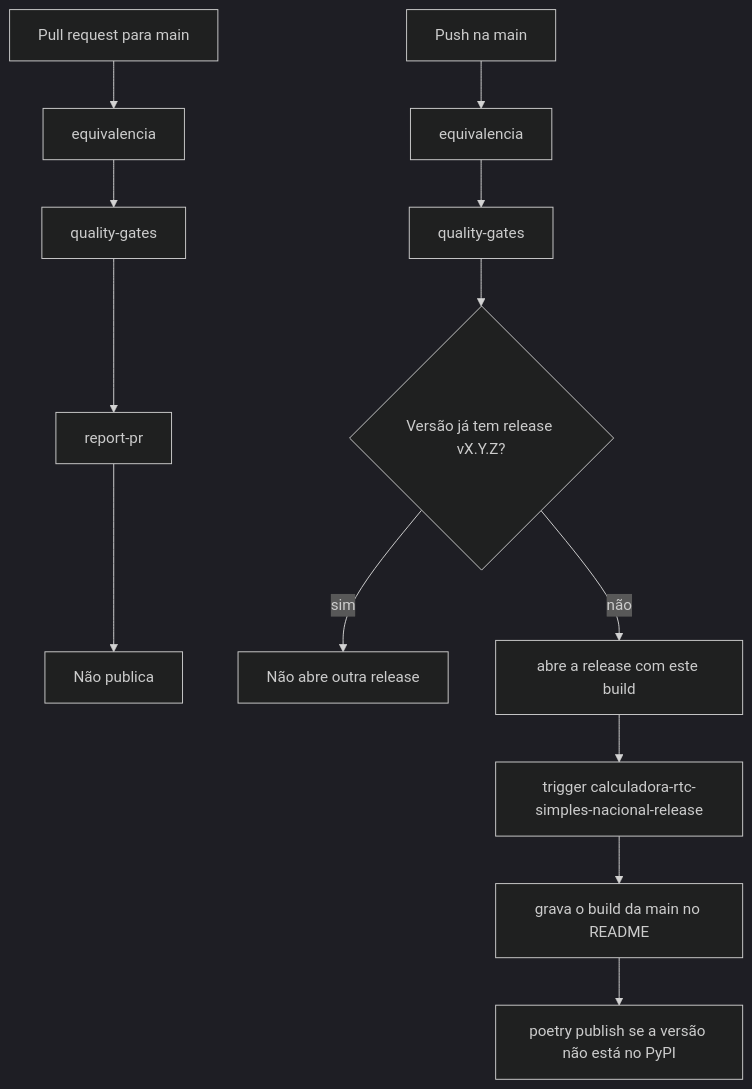
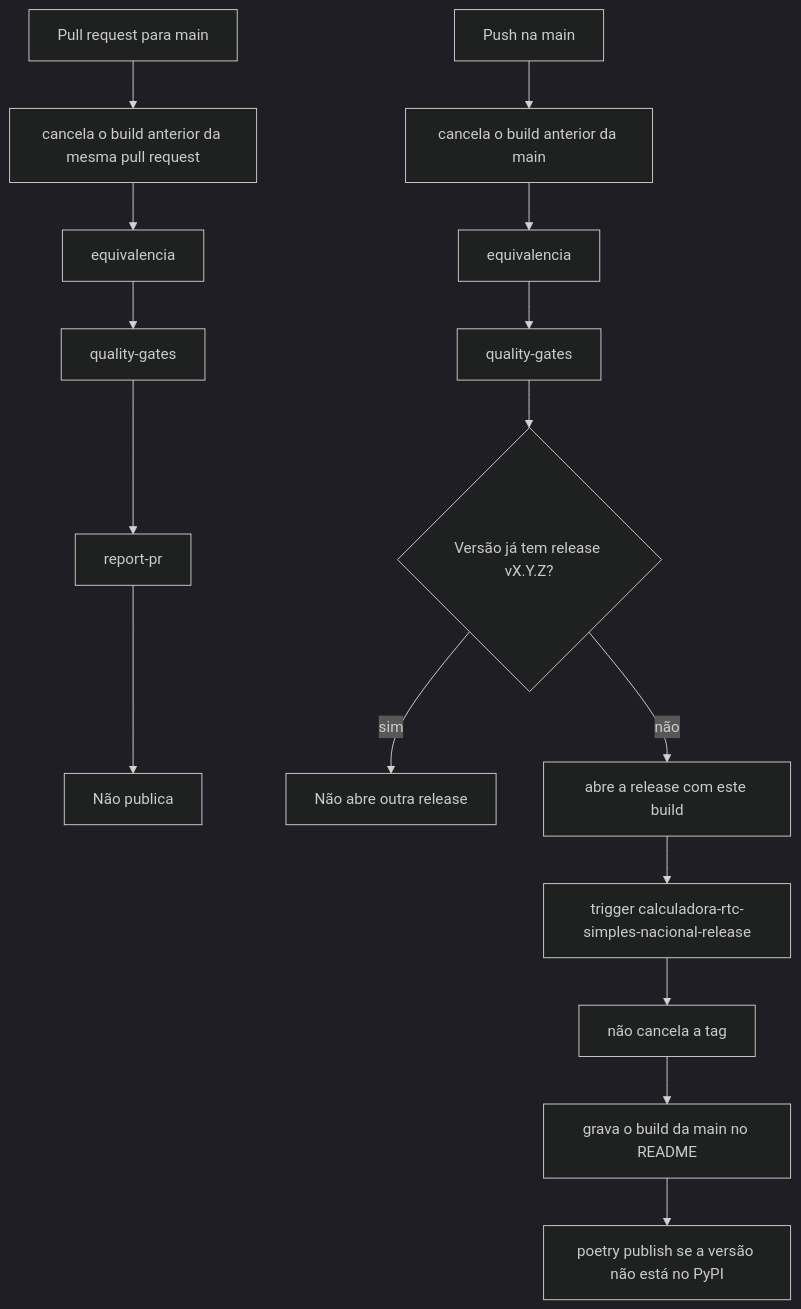
Before and after one commit to garusocruz/calculadora-rtc-simples-nacional: the first of 3 diagrams in docs/publicacao-flow.md, drawn with Mermaid (dark theme). The commit also changed other lines of this file and 7 other files, not shown here.

First line of the commit message:
ci: cancela o build anterior da mesma branch

````diff
--- a/docs/publicacao-flow.md
+++ b/docs/publicacao-flow.md
@@ -9,15 +9,18 @@
 ```mermaid
 flowchart TD
-  pr[Pull request para main] --> equiv[equivalencia]
+  pr[Pull request para main] --> cancelaPr[cancela o build anterior da mesma pull request]
+  cancelaPr --> equiv[equivalencia]
   equiv --> qg[quality-gates]
   qg --> comentario[report-pr]
   comentario --> fimPr[Não publica]
-  merge[Push na main] --> equivMain[equivalencia]
+  merge[Push na main] --> cancelaMain[cancela o build anterior da main]
+  cancelaMain --> equivMain[equivalencia]
   equivMain --> qgMain[quality-gates]
   qgMain --> nova{Versão já tem release vX.Y.Z?}
   nova -->|sim| fimMain[Não abre outra release]
   nova -->|não| abre[abre a release com este build]
   abre --> rel[trigger calculadora-rtc-simples-nacional-release]
-  rel --> readme[grava o build da main no README]
+  rel --> segue[não cancela a tag]
+  segue --> readme[grava o build da main no README]
   readme --> pypi[poetry publish se a versão não está no PyPI]
 ```
````
